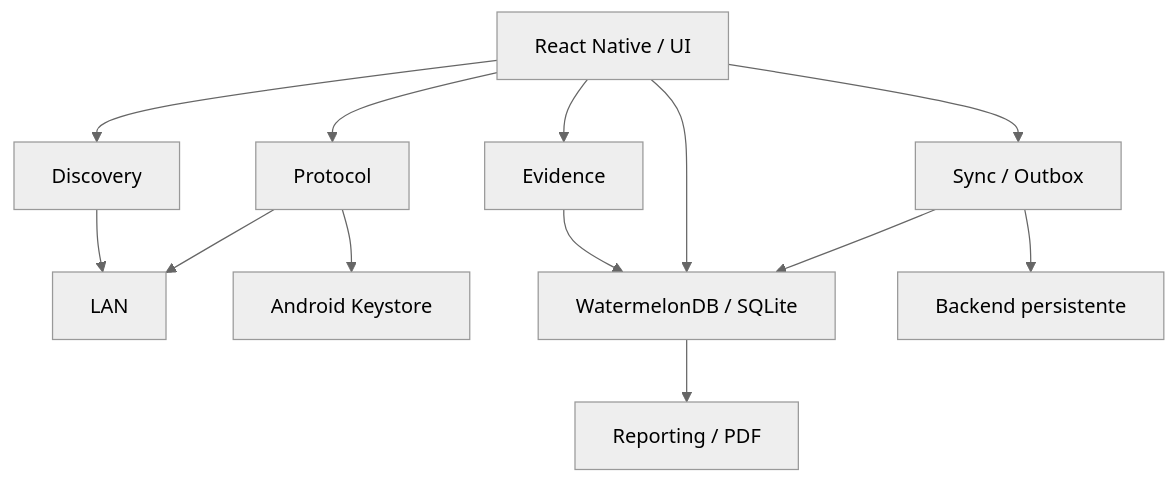
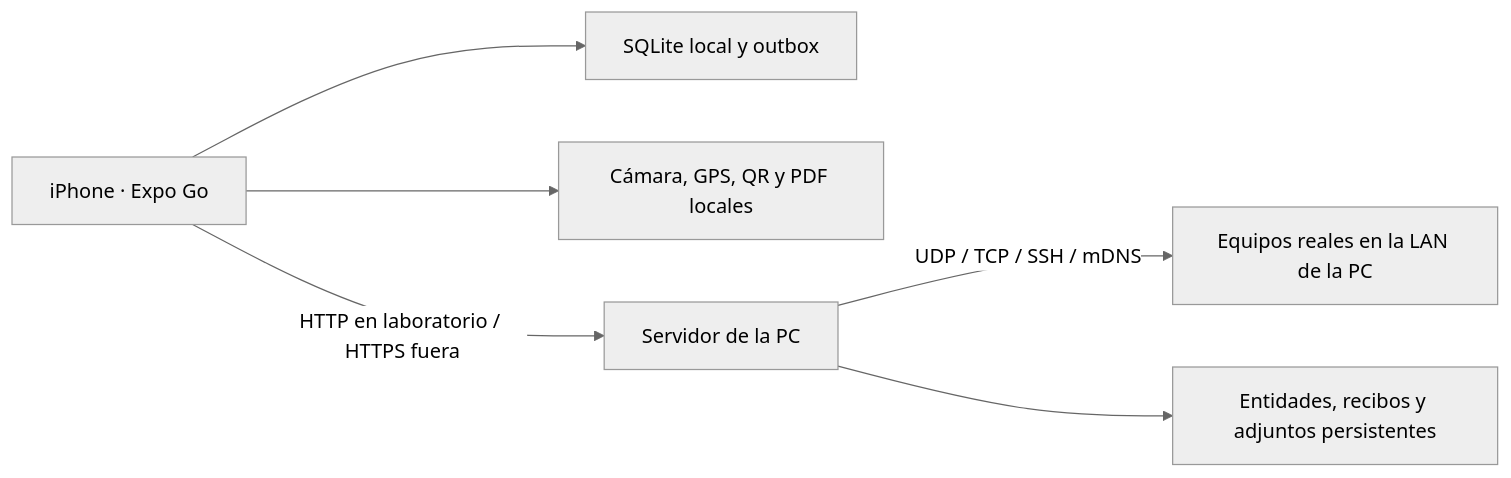
Before and after one commit to nicoetchegoyen/tp6-network-diagnostics-suite: the diagram in docs/TECNICO.md, drawn with Mermaid (neutral theme). The commit also changed other lines of this file and 29 other files, not shown here.

Commit message:
feat: adapt Fieldkit for iPhone Expo Go with local network companion

````diff
--- a/docs/TECNICO.md
+++ b/docs/TECNICO.md
@@ -19,15 +18,8 @@
 ```mermaid
-flowchart TB
-  UI[React Native / UI] --> D[Discovery]
-  UI --> P[Protocol]
-  UI --> E[Evidence]
-  UI --> L[WatermelonDB / SQLite]
-  UI --> S[Sync / Outbox]
-  D --> LAN[LAN]
-  P --> LAN
-  P --> K[Android Keystore]
-  E --> L
-  L --> R[Reporting / PDF]
-  S --> L
-  S --> B[Backend persistente]
+flowchart LR
+  UI[iPhone · Expo Go] --> DB[SQLite local y outbox]
+  UI --> EV[Cámara, GPS, QR y PDF locales]
+  UI -->|HTTP en laboratorio / HTTPS fuera| PC[Servidor de la PC]
+  PC -->|UDP / TCP / SSH / mDNS| LAN[Equipos reales en la LAN de la PC]
+  PC --> BACK[Entidades, recibos y adjuntos persistentes]
 ```
````
